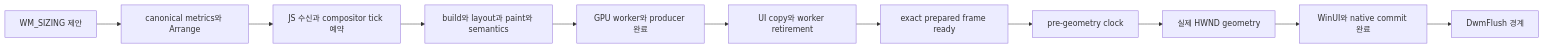
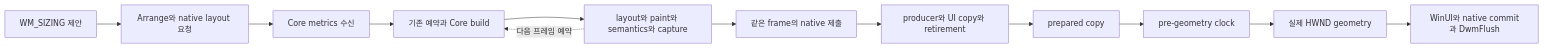
The diagram in work.md (Dynaruid/NelyxLab), drawn with Mermaid before and after one commit. The commit also changed other lines of this file and 26 other files, not shown here.

````diff
--- a/work.md
+++ b/work.md
@@ -221,13 +215,14 @@
 ```mermaid
 flowchart LR
-  proposal[WM_SIZING 제안] --> arrange[canonical metrics와 Arrange]
-  arrange --> js[JS 수신과 compositor tick 예약]
-  js --> cpu[build와 layout과 paint와 semantics]
-  cpu --> producer[GPU worker와 producer 완료]
-  producer --> copy[UI copy와 worker retirement]
-  copy --> ready[exact prepared frame ready]
+  proposal[WM_SIZING 제안] --> arrange[Arrange와 native layout 요청]
+  arrange --> metrics[Core metrics 수신]
+  metrics --> scheduled[기존 예약과 Core build]
+  scheduled --> cpu[layout와 paint와 semantics와 capture]
+  cpu --> submit[같은 frame의 native 제출]
+  submit --> gpu[producer와 UI copy와 retirement]
+  gpu --> ready[prepared copy]
   ready --> clock[pre-geometry clock]
   clock --> actual[실제 HWND geometry]
-  actual --> commit[WinUI와 native commit 완료]
-  commit --> desktop[DwmFlush 경계]
+  actual --> commit[WinUI와 native commit과 DwmFlush]
+  cpu -. 다음 프레임 예약 .-> scheduled
 ```
````
